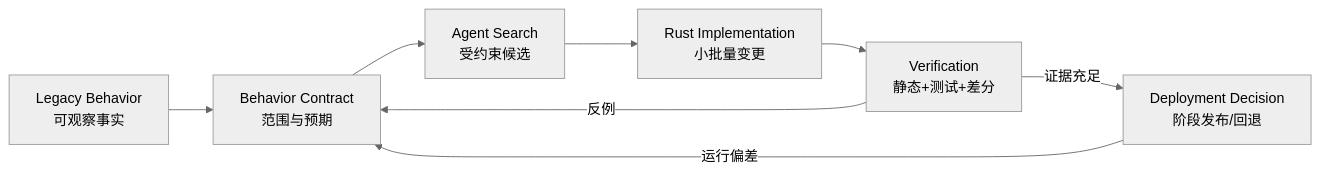
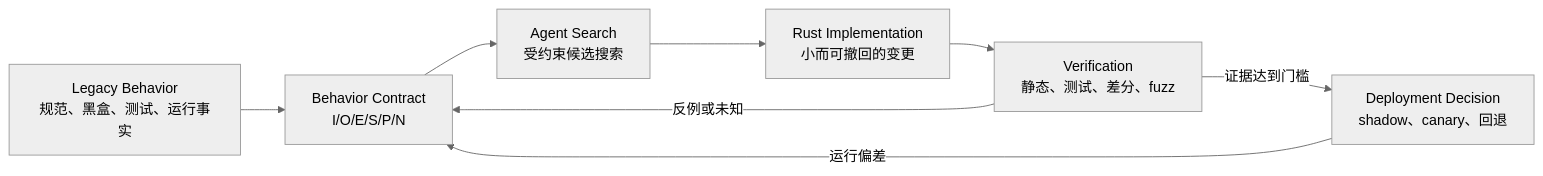
The diagram in book/src/part1/ch01-behavior-reconstruction.md (ZhangHanDong/coreutils), drawn with Mermaid (neutral theme) before and after one commit. The commit also changed other lines of this file, not shown here.

Commit message:
docs: expand behavior reconstruction chapter

````diff
--- a/book/src/part1/ch01-behavior-reconstruction.md
+++ b/book/src/part1/ch01-behavior-reconstruction.md
@@ -28,10 +80,10 @@
 ```mermaid
 flowchart LR
-    L["Legacy Behavior<br/>可观察事实"] --> C["Behavior Contract<br/>范围与预期"]
-    C --> S["Agent Search<br/>受约束候选"]
-    S --> R["Rust Implementation<br/>小批量变更"]
-    R --> V["Verification<br/>静态+测试+差分"]
-    V -->|"反例"| C
-    V -->|"证据充足"| D["Deployment Decision<br/>阶段发布/回退"]
+    L["Legacy Behavior<br/>规范、黑盒、测试、运行事实"] --> C["Behavior Contract<br/>I/O/E/S/P/N"]
+    C --> A["Agent Search<br/>受约束候选搜索"]
+    A --> R["Rust Implementation<br/>小而可撤回的变更"]
+    R --> V["Verification<br/>静态、测试、差分、fuzz"]
+    V -->|"反例或未知"| C
+    V -->|"证据达到门槛"| D["Deployment Decision<br/>shadow、canary、回退"]
     D -->|"运行偏差"| C
 ```
````
